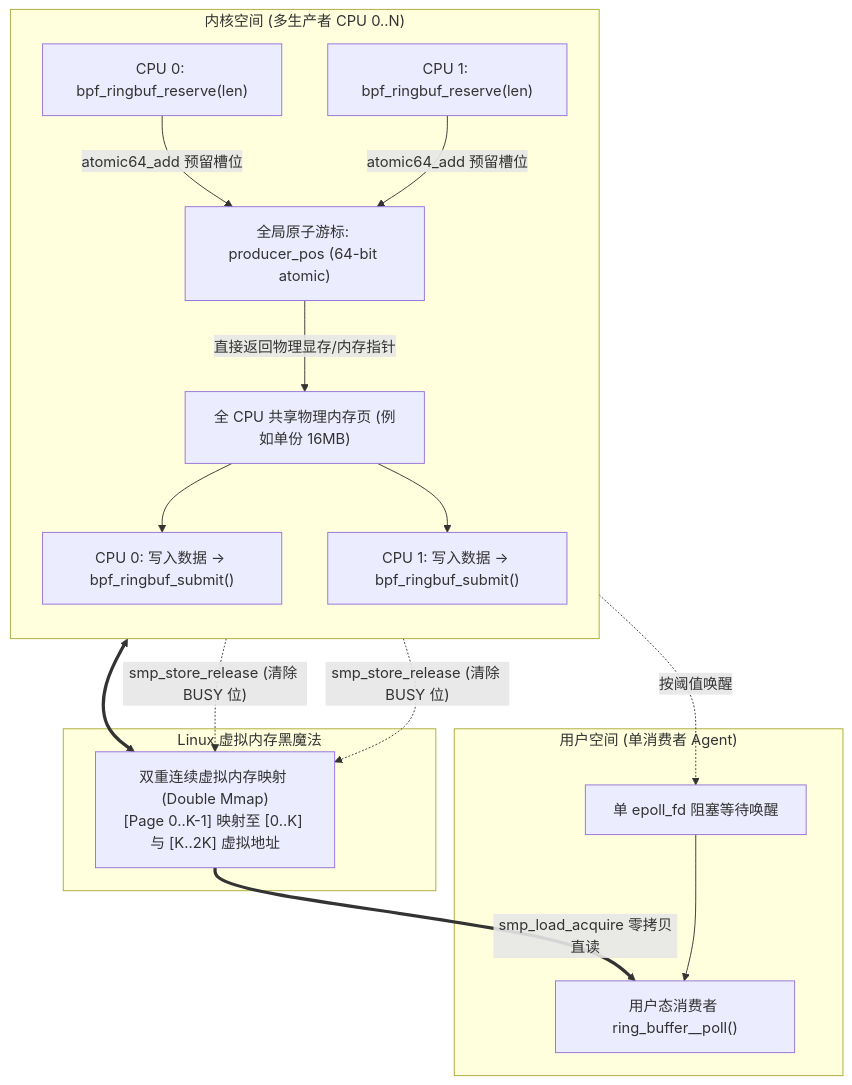
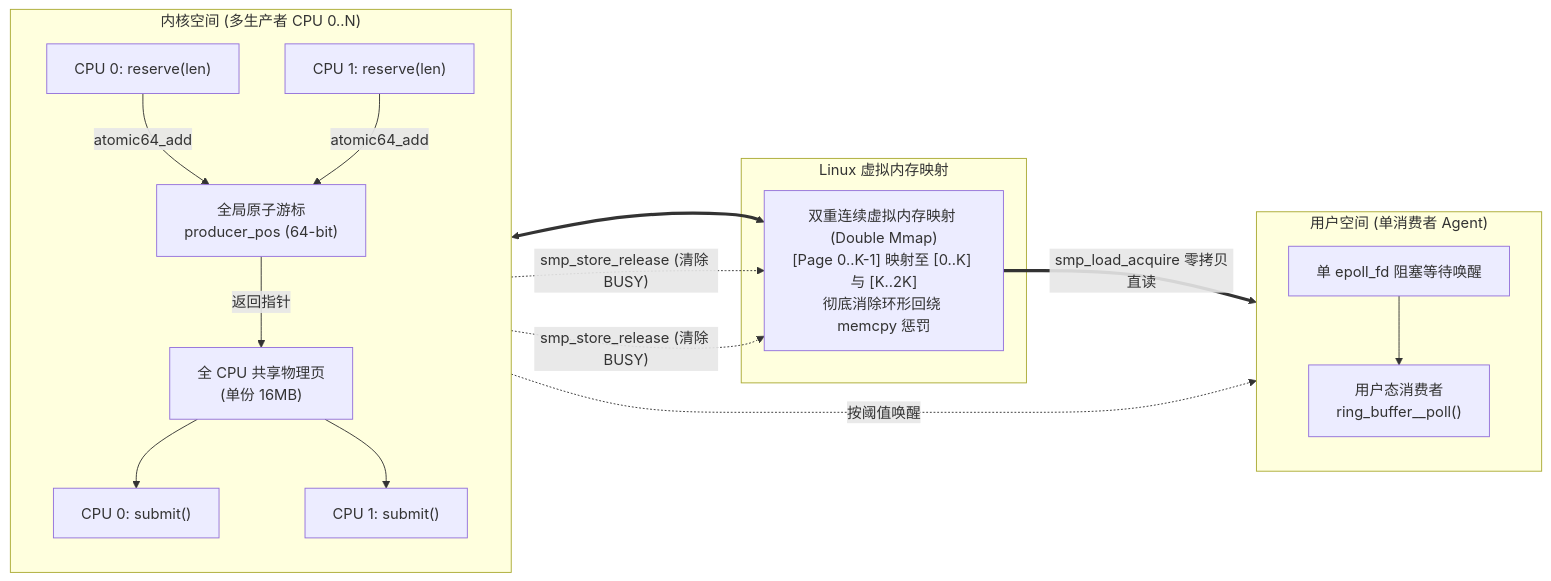
One commit to MoreConsequence/MoreConsequence.github.io changed the first of 3 diagrams in content/posts/kernel-ebpf/kernel-07-bpf-ring-buffer-vs-perf-buffer.md. Above: the diagram before and after it, drawn with Mermaid. The commit also changed other lines of this file and 835 other files, not shown here.

First line of the commit message:
feat(blog): 全站33篇新增深度专栏与博文全量审核上线及矢量图表优化

````diff
--- a/content/posts/kernel-ebpf/kernel-07-bpf-ring-buffer-vs-perf-buffer.md
+++ b/content/posts/kernel-ebpf/kernel-07-bpf-ring-buffer-vs-perf-buffer.md
@@ -58,36 +58,35 @@
 ```mermaid
-flowchart TD
+flowchart LR
     subgraph KernelSpace["内核空间 (多生产者 CPU 0..N)"]
         direction TB
-        E1["CPU 0: bpf_ringbuf_reserve(len)"]
-        E2["CPU 1: bpf_ringbuf_reserve(len)"]
-        
-        AtomicPos["全局原子游标: producer_pos (64-bit atomic)"]
-        E1 -->|"atomic64_add 预留槽位"| AtomicPos
-        E2 -->|"atomic64_add 预留槽位"| AtomicPos
-        
-        SharedPages["全 CPU 共享物理内存页 (例如单份 16MB)"]
-        AtomicPos -->|"直接返回物理显存/内存指针"| SharedPages
-        
-        Submit1["CPU 0: 写入数据 -> bpf_ringbuf_submit()"]
-        Submit2["CPU 1: 写入数据 -> bpf_ringbuf_submit()"]
+        E1["CPU 0: reserve(len)"]
+        E2["CPU 1: reserve(len)"]
+        AtomicPos["全局原子游标<br/>producer_pos (64-bit)"]
+        SharedPages["全 CPU 共享物理页<br/>(单份 16MB)"]
+        Submit1["CPU 0: submit()"]
+        Submit2["CPU 1: submit()"]
+
+        E1 -->|"atomic64_add"| AtomicPos
+        E2 -->|"atomic64_add"| AtomicPos
+        AtomicPos -->|"返回指针"| SharedPages
         SharedPages --> Submit1
         SharedPages --> Submit2
     end
 
-    subgraph MemoryMapping["Linux 虚拟内存黑魔法"]
-        DoubleMmap["双重连续虚拟内存映射 (Double Mmap)<br/>[Page 0..K-1] 映射至 [0..K] 与 [K..2K] 虚拟地址"]
+    subgraph MemoryMapping["Linux 虚拟内存映射"]
+        DoubleMmap["双重连续虚拟内存映射 (Double Mmap)<br/>[Page 0..K-1] 映射至 [0..K] 与 [K..2K]<br/>彻底消除环形回绕 memcpy 惩罚"]
     end
 
     subgraph UserSpace["用户空间 (单消费者 Agent)"]
-        Consumer["用户态消费者 ring_buffer__poll()"]
+        direction TB
         Epoll["单 epoll_fd 阻塞等待唤醒"]
+        Consumer["用户态消费者<br/>ring_buffer__poll()"]
+        Epoll --> Consumer
     end
 
     SharedPages <==> DoubleMmap
-    Submit1 -.->|"smp_store_release (清除 BUSY 位)"| DoubleMmap
-    Submit2 -.->|"smp_store_release (清除 BUSY 位)"| DoubleMmap
+    Submit1 -.->|"smp_store_release (清除 BUSY)"| DoubleMmap
+    Submit2 -.->|"smp_store_release (清除 BUSY)"| DoubleMmap
     DoubleMmap ==>|"smp_load_acquire 零拷贝直读"| Consumer
     Submit1 -.->|"按阈值唤醒"| Epoll
-    Epoll --> Consumer
 ```
````
